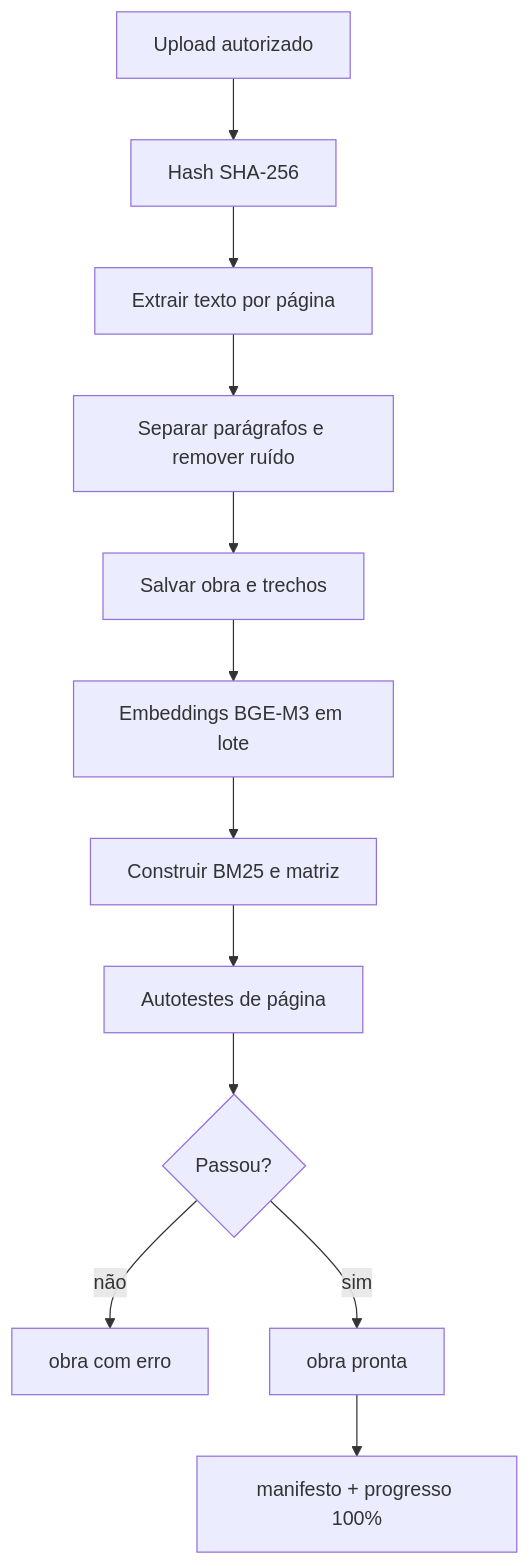
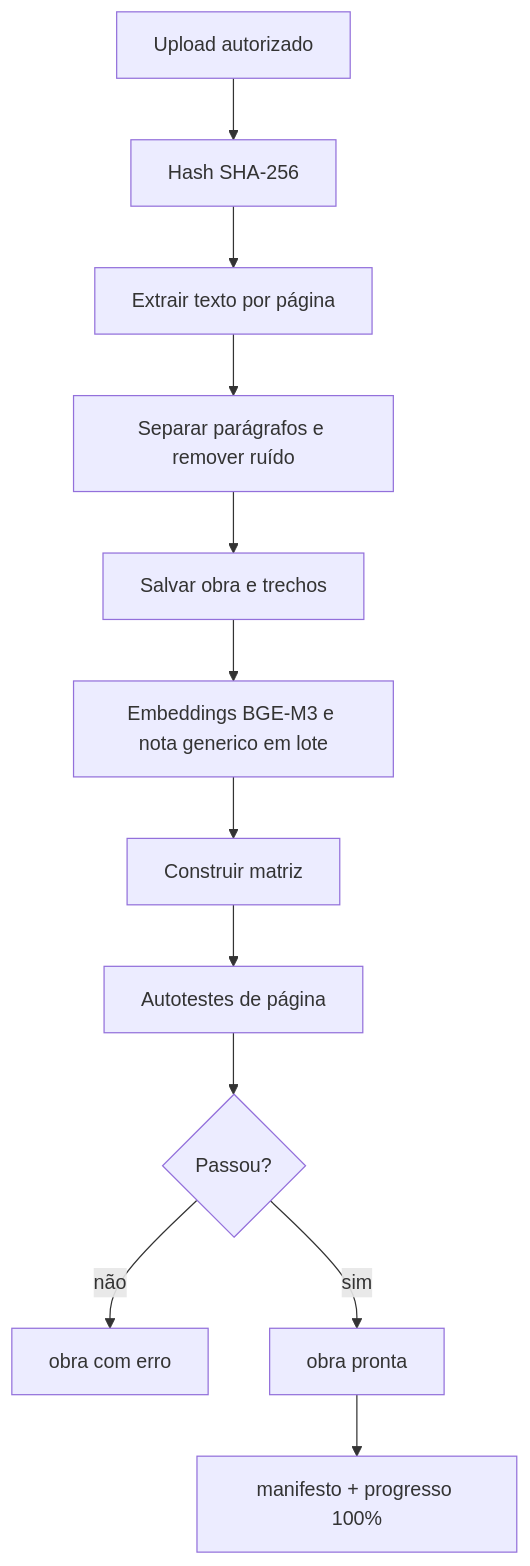
Before and after one commit to morettto/limmiar: the first of 2 diagrams in mvp-copiloto/docs/arquitetura-copiloto.md, drawn with Mermaid. The commit also changed other lines of this file and 182 other files, not shown here.

````diff
--- a/mvp-copiloto/docs/arquitetura-copiloto.md
+++ b/mvp-copiloto/docs/arquitetura-copiloto.md
@@ -167,14 +118,14 @@
 ```mermaid
 flowchart TD
     A[Upload autorizado] --> B[Hash SHA-256]
     B --> C[Extrair texto por página]
     C --> D[Separar parágrafos e remover ruído]
     D --> E[Salvar obra e trechos]
-    E --> F[Embeddings BGE-M3 em lote]
-    F --> G[Construir BM25 e matriz]
+    E --> F[Embeddings BGE-M3 e nota generico em lote]
+    F --> G[Construir matriz]
     G --> H[Autotestes de página]
     H --> I{Passou?}
     I -- não --> J[obra com erro]
     I -- sim --> K[obra pronta]
     K --> L[manifesto + progresso 100%]
 ```
````
